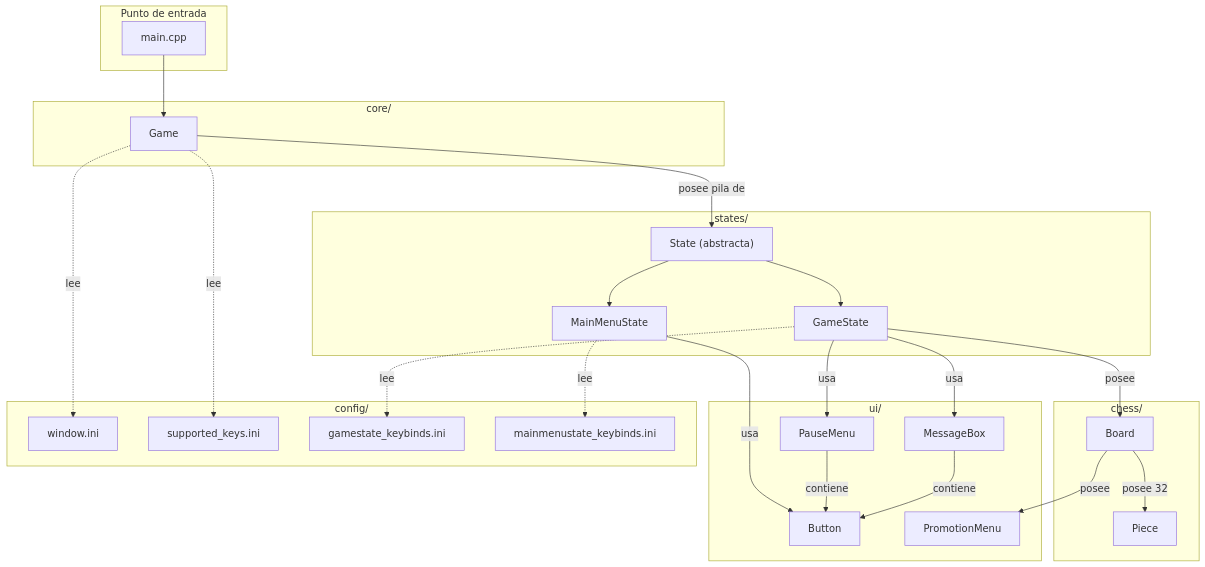
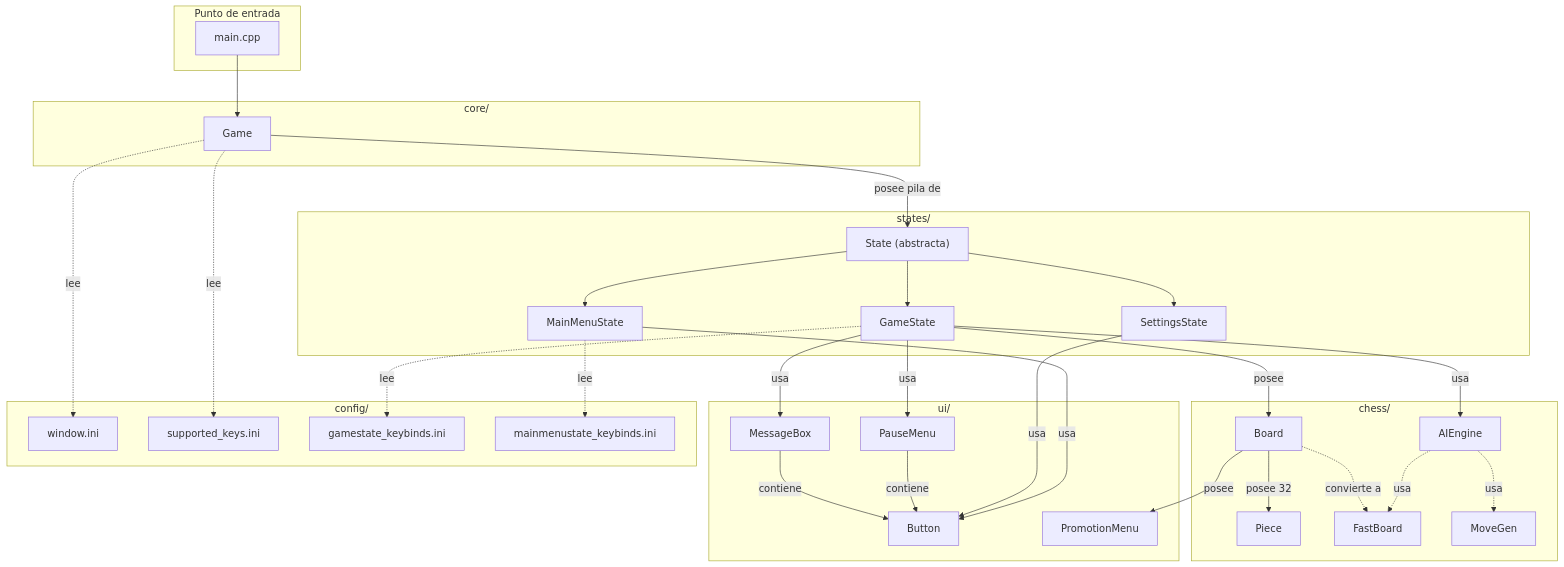
One commit to Escafandra-Projects/SimplyChess changed the first of 3 diagrams in docs/architecture.md. Above: the diagram before and after it, drawn with Mermaid. The commit also changed other lines of this file and 16 other files, not shown here.

````diff
--- a/docs/architecture.md
+++ b/docs/architecture.md
@@ -18,57 +18,67 @@
 ```mermaid
 graph TB
     subgraph "Punto de entrada"
         MAIN["main.cpp"]
     end
 
     subgraph "core/"
         GAME["Game"]
     end
 
     subgraph "states/"
         STATE["State (abstracta)"]
         MAINMENU["MainMenuState"]
+        SETTINGS["SettingsState"]
         GAMESTATE["GameState"]
     end
 
     subgraph "ui/"
         BUTTON["Button"]
         MSGBOX["MessageBox"]
         PAUSEMENU["PauseMenu"]
         PROMOMENU["PromotionMenu"]
     end
 
     subgraph "chess/"
         BOARD["Board"]
         PIECE["Piece"]
+        FASTBOARD["FastBoard"]
+        MOVEGEN["MoveGen"]
+        AI["AIEngine"]
     end
 
     subgraph "config/"
         WININI["window.ini"]
         KEYSINI["supported_keys.ini"]
         GSINI["gamestate_keybinds.ini"]
         MSINI["mainmenustate_keybinds.ini"]
     end
 
     MAIN --> GAME
     GAME -->|"posee pila de"| STATE
     STATE --> MAINMENU
+    STATE --> SETTINGS
     STATE --> GAMESTATE
 
     MAINMENU -->|"usa"| BUTTON
+    SETTINGS -->|"usa"| BUTTON
 
     GAMESTATE -->|"posee"| BOARD
     GAMESTATE -->|"usa"| PAUSEMENU
     GAMESTATE -->|"usa"| MSGBOX
+    GAMESTATE -->|"usa"| AI
 
     PAUSEMENU -->|"contiene"| BUTTON
     MSGBOX -->|"contiene"| BUTTON
 
     BOARD -->|"posee 32"| PIECE
     BOARD -->|"posee"| PROMOMENU
+    AI -.->|"usa"| FASTBOARD
+    AI -.->|"usa"| MOVEGEN
+    BOARD -.->|"convierte a"| FASTBOARD
 
     GAME -.->|"lee"| WININI
     GAME -.->|"lee"| KEYSINI
     GAMESTATE -.->|"lee"| GSINI
     MAINMENU -.->|"lee"| MSINI
 ```
````
